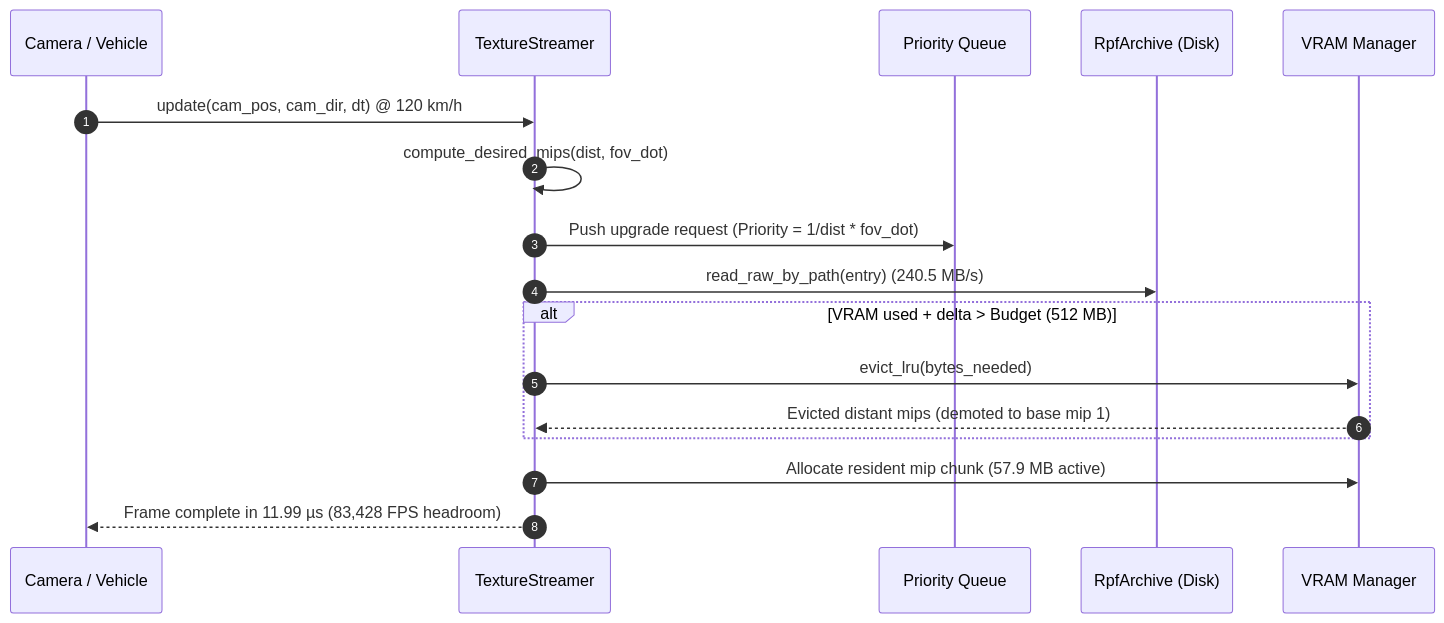
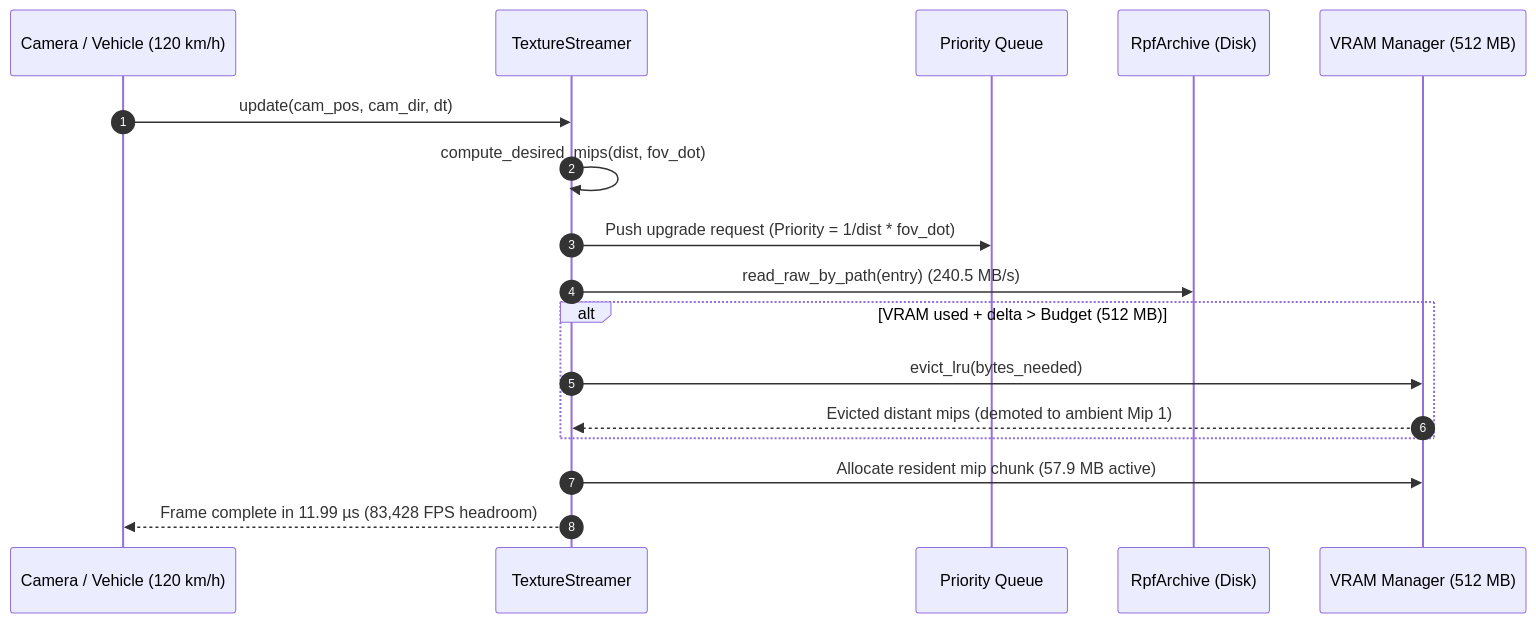
The sixth of 6 diagrams in BENCHMARKS.md (steoward/Ferge), drawn with Mermaid before and after one commit. The commit also changed other lines of this file and 1 other file, not shown here.

````diff
--- a/BENCHMARKS.md
+++ b/BENCHMARKS.md
@@ -73,20 +130,20 @@
 ```mermaid
 sequenceDiagram
     autonumber
-    participant Cam as Camera / Vehicle
+    participant Cam as Camera / Vehicle (120 km/h)
     participant Streamer as TextureStreamer
     participant PQ as Priority Queue
     participant RPF as RpfArchive (Disk)
-    participant VRAM as VRAM Manager
+    participant VRAM as VRAM Manager (512 MB)
 
-    Cam->>Streamer: update(cam_pos, cam_dir, dt) @ 120 km/h
+    Cam->>Streamer: update(cam_pos, cam_dir, dt)
     Streamer->>Streamer: compute_desired_mips(dist, fov_dot)
     Streamer->>PQ: Push upgrade request (Priority = 1/dist * fov_dot)
     Streamer->>RPF: read_raw_by_path(entry) (240.5 MB/s)
     alt VRAM used + delta > Budget (512 MB)
         Streamer->>VRAM: evict_lru(bytes_needed)
-        VRAM-->>Streamer: Evicted distant mips (demoted to base mip 1)
+        VRAM-->>Streamer: Evicted distant mips (demoted to ambient Mip 1)
     end
     Streamer->>VRAM: Allocate resident mip chunk (57.9 MB active)
     Streamer-->>Cam: Frame complete in 11.99 µs (83,428 FPS headroom)
 ```
````
